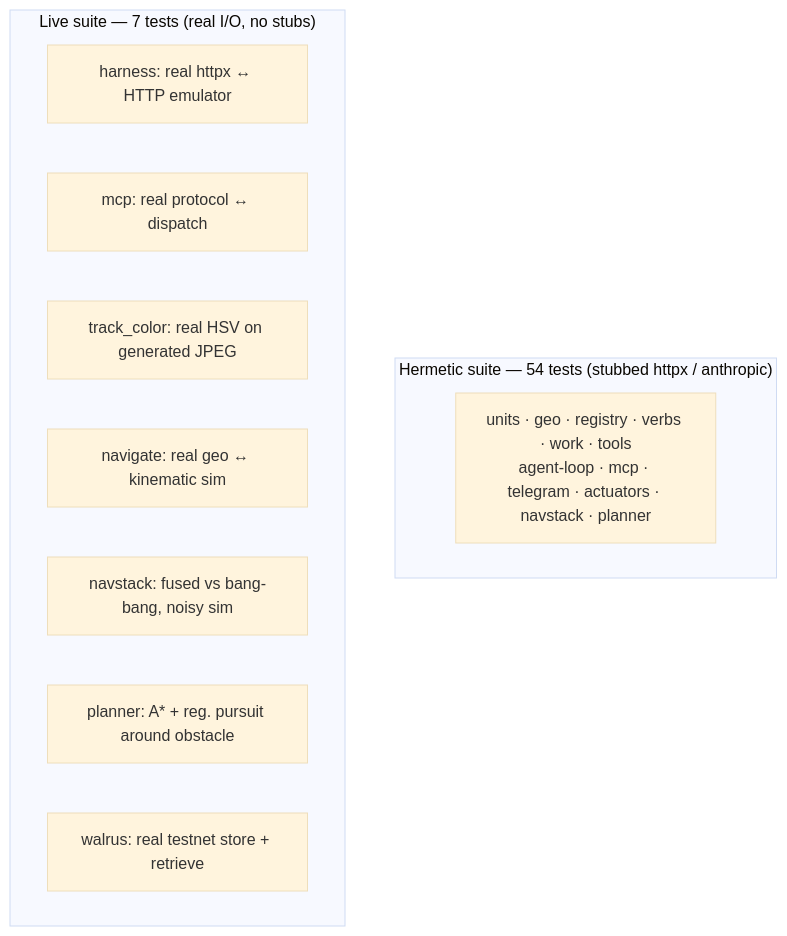
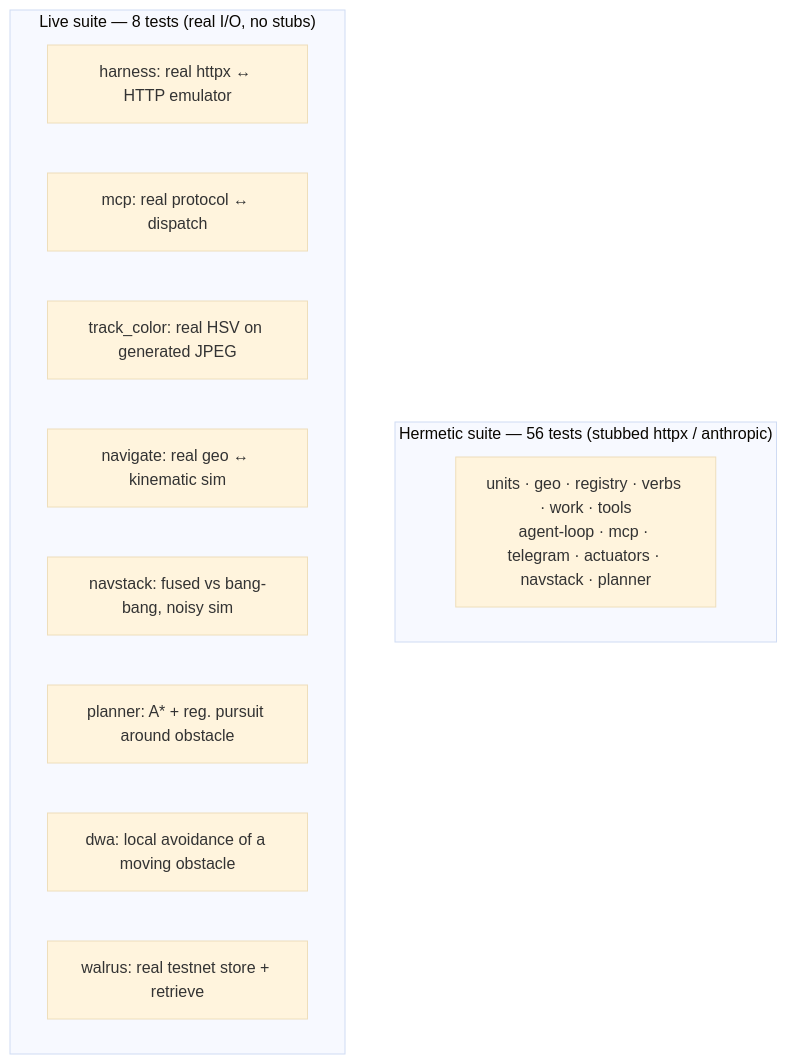
One commit to 0xSoftBoi/mini-plus-agent-kit changed diagram 16 of 16 in docs/ARCHITECTURE.md. Above: the diagram before and after it, drawn with Mermaid (base theme). The commit also changed other lines of this file and 5 other files, not shown here.

````diff
--- a/docs/ARCHITECTURE.md
+++ b/docs/ARCHITECTURE.md
@@ -547,15 +586,16 @@
 ```mermaid
 flowchart TB
-  subgraph H["Hermetic suite &mdash; 54 tests (stubbed httpx / anthropic)"]
+  subgraph H["Hermetic suite &mdash; 56 tests (stubbed httpx / anthropic)"]
     HU["units · geo · registry · verbs · work · tools<br/>agent-loop · mcp · telegram · actuators · navstack · planner"]
   end
-  subgraph L["Live suite &mdash; 7 tests (real I/O, no stubs)"]
+  subgraph L["Live suite &mdash; 8 tests (real I/O, no stubs)"]
     L1["harness: real httpx &harr; HTTP emulator"]
     L2["mcp: real protocol &harr; dispatch"]
     L3["track_color: real HSV on generated JPEG"]
     L4["navigate: real geo &harr; kinematic sim"]
     L5["navstack: fused vs bang-bang, noisy sim"]
     L6["planner: A* + reg. pursuit around obstacle"]
-    L7["walrus: real testnet store + retrieve"]
+    L7["dwa: local avoidance of a moving obstacle"]
+    L8["walrus: real testnet store + retrieve"]
   end
 ```
````
